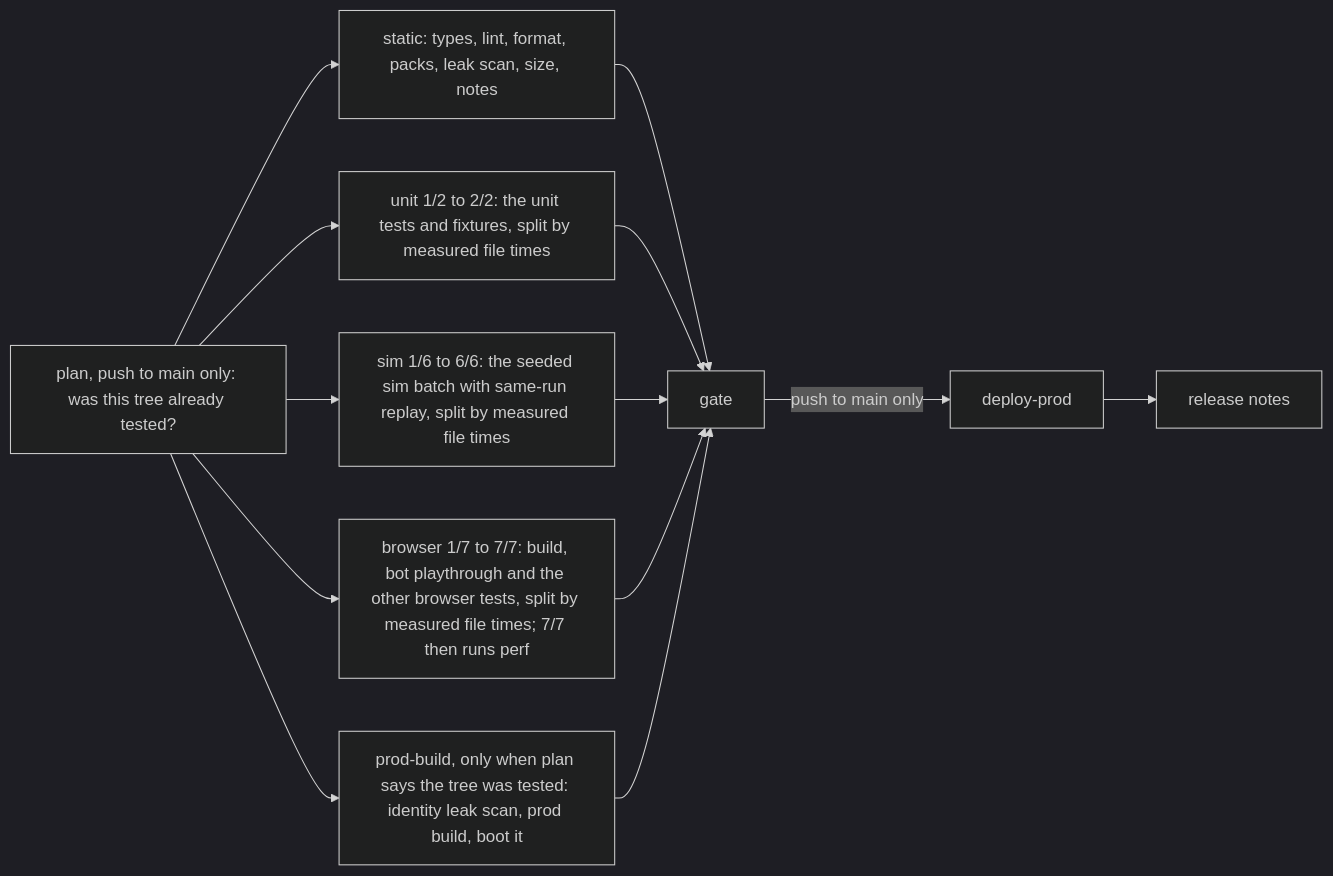
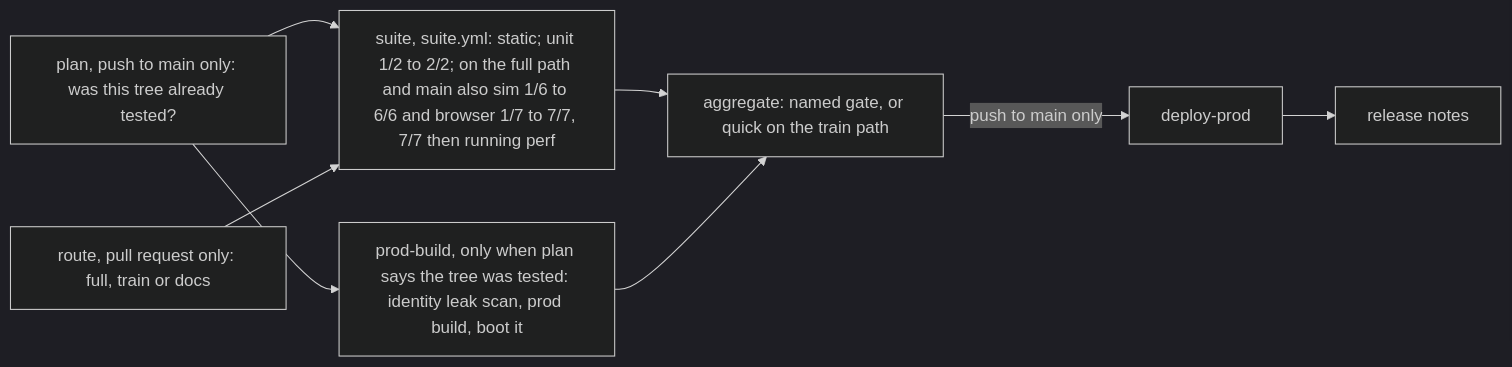
One commit to joshuasundance-swca/throttlebrawl changed the diagram in docs/engineering.md. Above: the diagram before and after it, drawn with Mermaid (dark theme). The commit also changed other lines of this file and 13 other files, not shown here.

````diff
--- a/docs/engineering.md
+++ b/docs/engineering.md
@@ -271,11 +282,9 @@
 ```mermaid
 flowchart LR
-  A[static: types, lint, format, packs, leak scan, size, notes] --> G[gate]
-  U[unit 1/2 to 2/2: the unit tests and fixtures, split by measured file times] --> G
-  P[plan, push to main only: was this tree already tested?] --> A & U & S & C & B
-  S[sim 1/6 to 6/6: the seeded sim batch with same-run replay, split by measured file times] --> G
-  C[browser 1/7 to 7/7: build, bot playthrough and the other browser tests, split by measured file times; 7/7 then runs perf] --> G
+  P[plan, push to main only: was this tree already tested?] --> SU & B
+  RT[route, pull request only: full, train or docs] --> SU
+  SU[suite, suite.yml: static; unit 1/2 to 2/2; on the full path and main also sim 1/6 to 6/6 and browser 1/7 to 7/7, 7/7 then running perf] --> G
   B[prod-build, only when plan says the tree was tested: identity leak scan, prod build, boot it] --> G
-  G -->|push to main only| D[deploy-prod]
+  G[aggregate: named gate, or quick on the train path] -->|push to main only| D[deploy-prod]
   D --> R[release notes]
 ```
````
